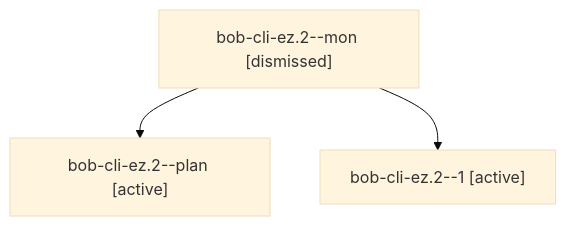
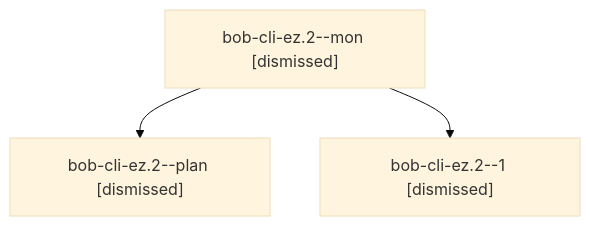
One commit to bobs-org/bob-cli--agents changed the diagram in sessions/bbugyi200.apollo.bob-cli-ez.2.md. Above: the diagram before and after it, drawn with Mermaid (base theme). The commit also changed other lines of this file and 20 other files, not shown here.

````diff
--- a/sessions/bbugyi200.apollo.bob-cli-ez.2.md
+++ b/sessions/bbugyi200.apollo.bob-cli-ez.2.md
@@ -9,8 +9,8 @@
 ```mermaid
 flowchart TD
   n0["bob-cli-ez.2--mon [dismissed]"]
-  n1["bob-cli-ez.2--plan [active]"]
+  n1["bob-cli-ez.2--plan [dismissed]"]
   n0 --> n1
-  n2["bob-cli-ez.2--1 [active]"]
+  n2["bob-cli-ez.2--1 [dismissed]"]
   n0 --> n2
 ```
````
